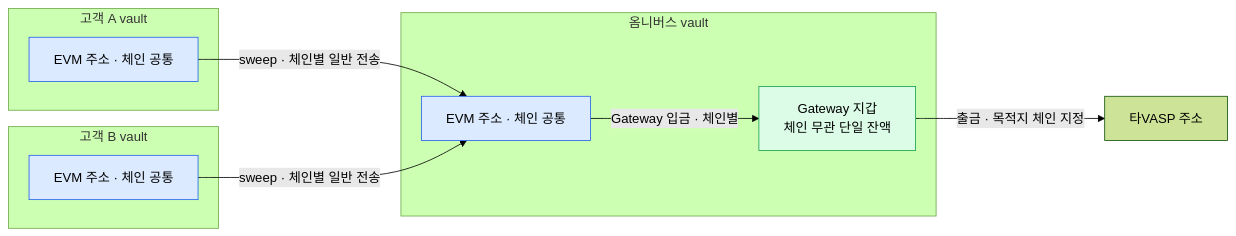
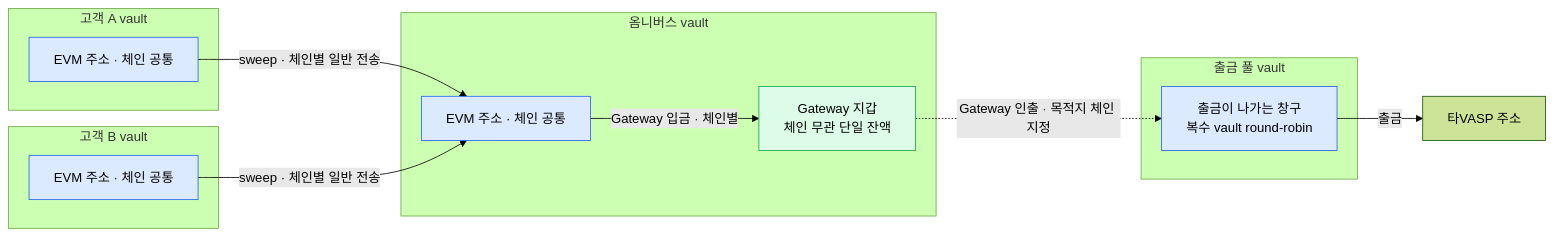
One commit to eunsujeo/eunpus changed the first of 2 diagrams in blockchain-manager/docs/블록체인매니저/브릿지/04-gateway-placement.md. Above: the diagram before and after it, drawn with Mermaid (forest theme). The commit also changed other lines of this file and 6 other files, not shown here.

````diff
--- a/blockchain-manager/docs/블록체인매니저/브릿지/04-gateway-placement.md
+++ b/blockchain-manager/docs/블록체인매니저/브릿지/04-gateway-placement.md
@@ -18,22 +18,26 @@
 ```mermaid
 flowchart LR
   subgraph CA["고객 A vault"]
     A["EVM 주소 · 체인 공통"]
   end
   subgraph CB["고객 B vault"]
     B["EVM 주소 · 체인 공통"]
   end
   subgraph OM["옴니버스 vault"]
     O["EVM 주소 · 체인 공통"]
     G["Gateway 지갑<br/>체인 무관 단일 잔액"]
   end
+  subgraph WP["출금 풀 vault"]
+    W["출금이 나가는 창구<br/>복수 vault round-robin"]
+  end
   A -->|sweep · 체인별 일반 전송| O
   B -->|sweep · 체인별 일반 전송| O
   O -->|Gateway 입금 · 체인별| G
-  G -->|출금 · 목적지 체인 지정| D["타VASP 주소"]
+  G -.->|Gateway 인출 · 목적지 체인 지정| W
+  W -->|출금| D["타VASP 주소"]
 
   classDef vault fill:#dbeafe,stroke:#2563eb
   classDef good fill:#dcfce7,stroke:#16a34a
-  class A,B,O vault
+  class A,B,O,W vault
   class G good
 ```
````
